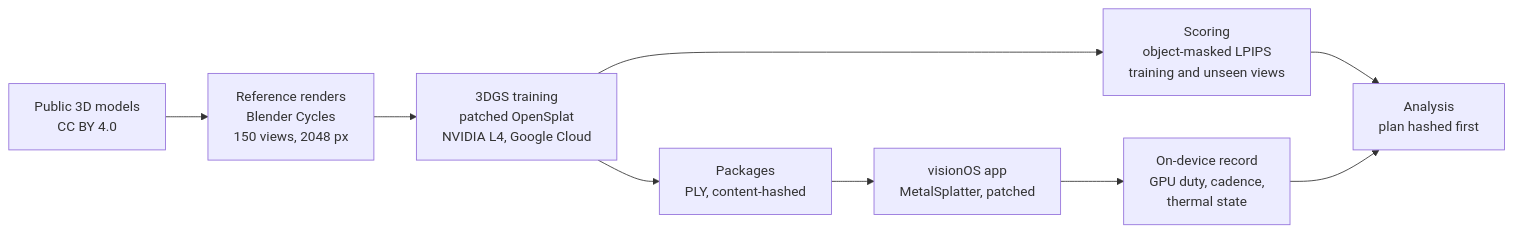
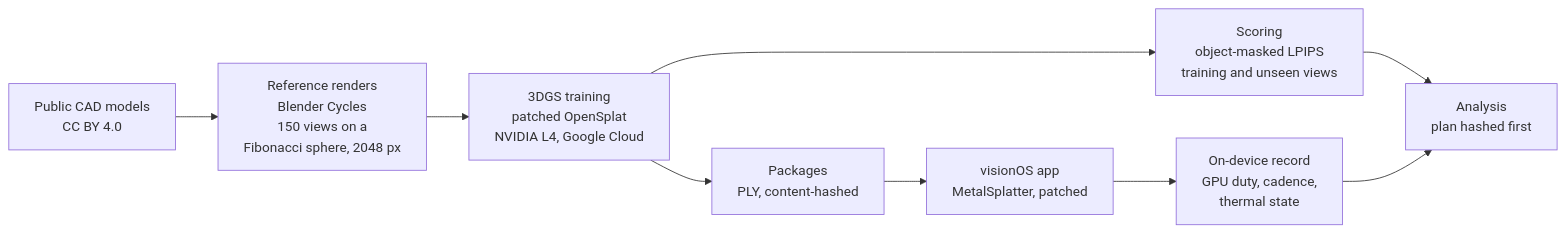
Before and after one commit to jacobemanuel/gaussian-splatting-vision-pro: the diagram in README.md, drawn with Mermaid. The commit also changed other lines of this file and 6 other files, not shown here.

Commit message:
The study starts from CAD models rendered on a Fibonacci sphere; the large scenes moved to their own repo

````diff
--- a/README.md
+++ b/README.md
@@ -38,11 +38,11 @@
 ```mermaid
 flowchart LR
-    M["Public 3D models<br/>CC BY 4.0"] --> R["Reference renders<br/>Blender Cycles<br/>150 views, 2048 px"]
+    M["Public CAD models<br/>CC BY 4.0"] --> R["Reference renders<br/>Blender Cycles<br/>150 views on a<br/>Fibonacci sphere, 2048 px"]
     R --> T["3DGS training<br/>patched OpenSplat<br/>NVIDIA L4, Google Cloud"]
     T --> S["Scoring<br/>object-masked LPIPS<br/>training and unseen views"]
     T --> P["Packages<br/>PLY, content-hashed"]
     P --> V["visionOS app<br/>MetalSplatter, patched"]
     V --> I["On-device record<br/>GPU duty, cadence,<br/>thermal state"]
     S --> A["Analysis<br/>plan hashed first"]
     I --> A
 ```
````
